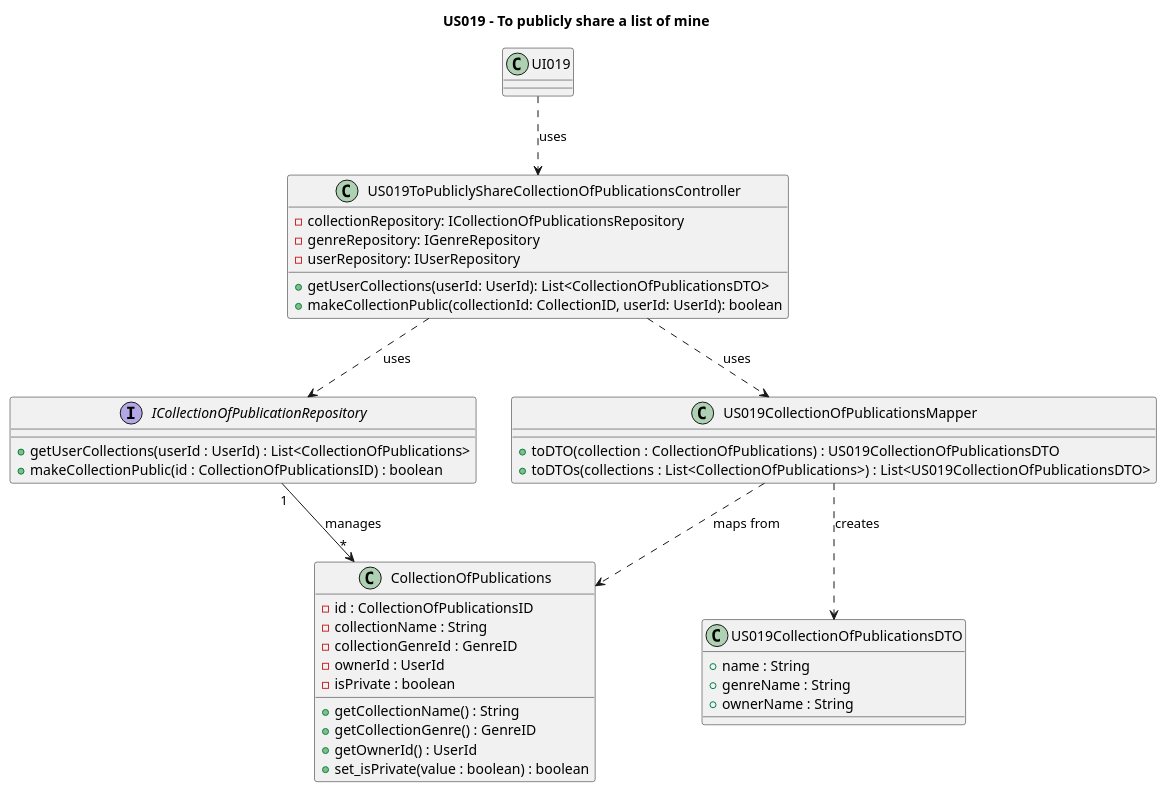
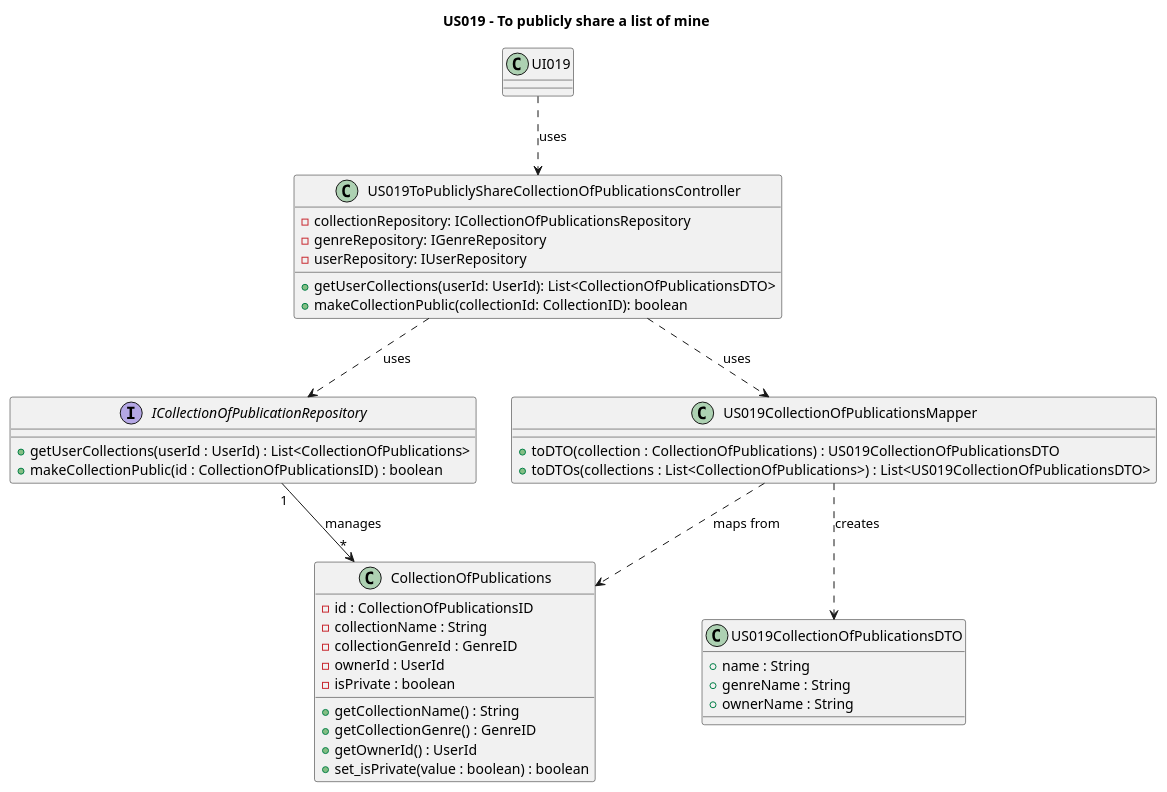
One commit to AndrePereiraGitH/SWitCH-Project-Team_A changed the diagram in Diagrams/ClassDiagrams/US019-to-publicly-share-a-list.puml. Above: the diagram before and after it, drawn with PlantUML. The commit also changed 1 other file, not shown here.

Commit message:
Working on #602. Fixed diagram inconsistencies

```diff
--- a/Diagrams/ClassDiagrams/US019-to-publicly-share-a-list.puml
+++ b/Diagrams/ClassDiagrams/US019-to-publicly-share-a-list.puml
@@ -1,60 +1,60 @@
 @startuml
 
 title US019 - To publicly share a list of mine
 
 class "UI019" as UI019 {
 
 }
 
 'Controller
 class "US019ToPubliclyShareCollectionOfPublicationsController" as US019Controller {
   -collectionRepository: ICollectionOfPublicationsRepository
   -genreRepository: IGenreRepository
   -userRepository: IUserRepository
   +getUserCollections(userId: UserId): List<CollectionOfPublicationsDTO>
-  +makeCollectionPublic(collectionId: CollectionID, userId: UserId): boolean
+  +makeCollectionPublic(collectionId: CollectionID): boolean
 }
 
 'Repository Interfaces
 interface "ICollectionOfPublicationRepository" as ICollectionOfPublicationsRepository  {
  + getUserCollections(userId : UserId) : List<CollectionOfPublications>
  + makeCollectionPublic(id : CollectionOfPublicationsID) : boolean
 }
 
 'Domain
 class CollectionOfPublications {
   - id : CollectionOfPublicationsID
   - collectionName : String
   - collectionGenreId : GenreID
   - ownerId : UserId
   - isPrivate : boolean
   + getCollectionName() : String
   + getCollectionGenre() : GenreID
   + getOwnerId() : UserId
   + set_isPrivate(value : boolean) : boolean
 }
 
 class US019CollectionOfPublicationsMapper {
   + toDTO(collection : CollectionOfPublications) : US019CollectionOfPublicationsDTO
   + toDTOs(collections : List<CollectionOfPublications>) : List<US019CollectionOfPublicationsDTO>
 }
 
 class "US019CollectionOfPublicationsDTO" as DTO{
         + name : String
         + genreName : String
         + ownerName : String
 }
 
 ' Interactions
 UI019 ..> US019Controller : uses
 
 US019Controller ..> ICollectionOfPublicationsRepository : uses
 US019Controller ..> US019CollectionOfPublicationsMapper : uses
 
 ICollectionOfPublicationsRepository "1" --> "*" CollectionOfPublications : manages
 
 US019CollectionOfPublicationsMapper ..> CollectionOfPublications : maps from
 US019CollectionOfPublicationsMapper ..> DTO : creates
 
 
 @enduml
```
